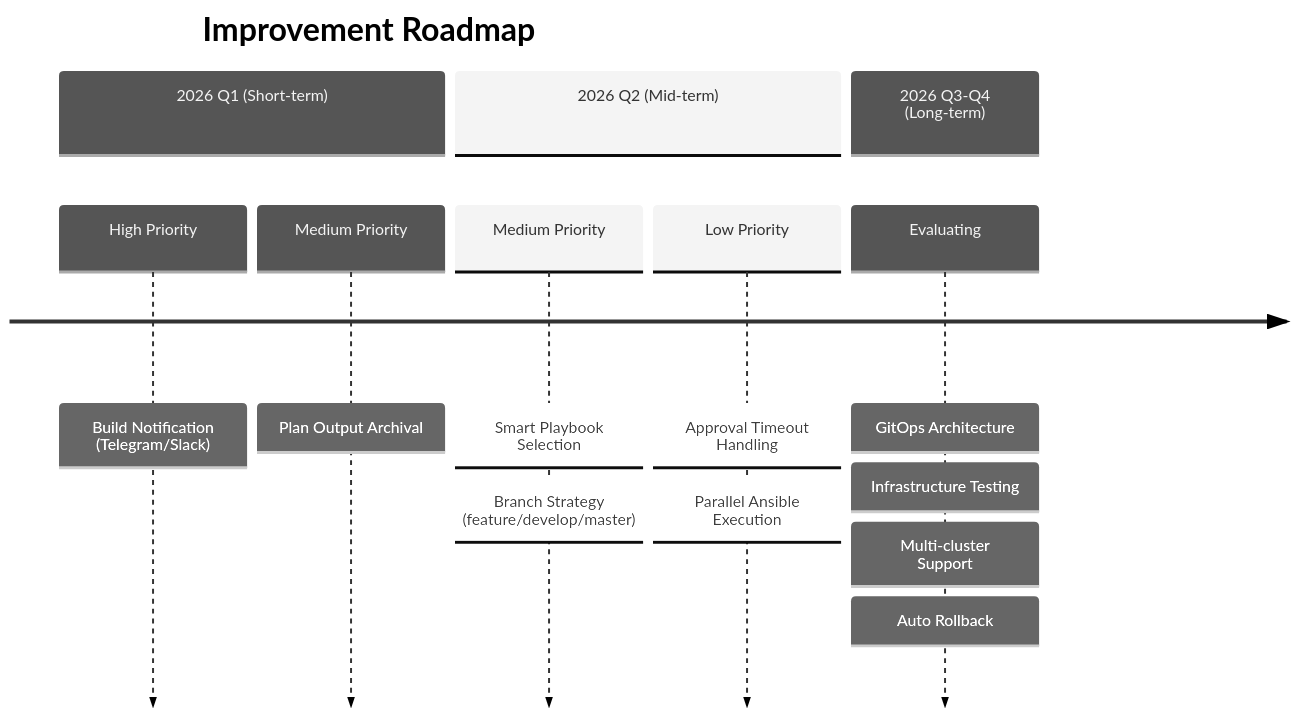
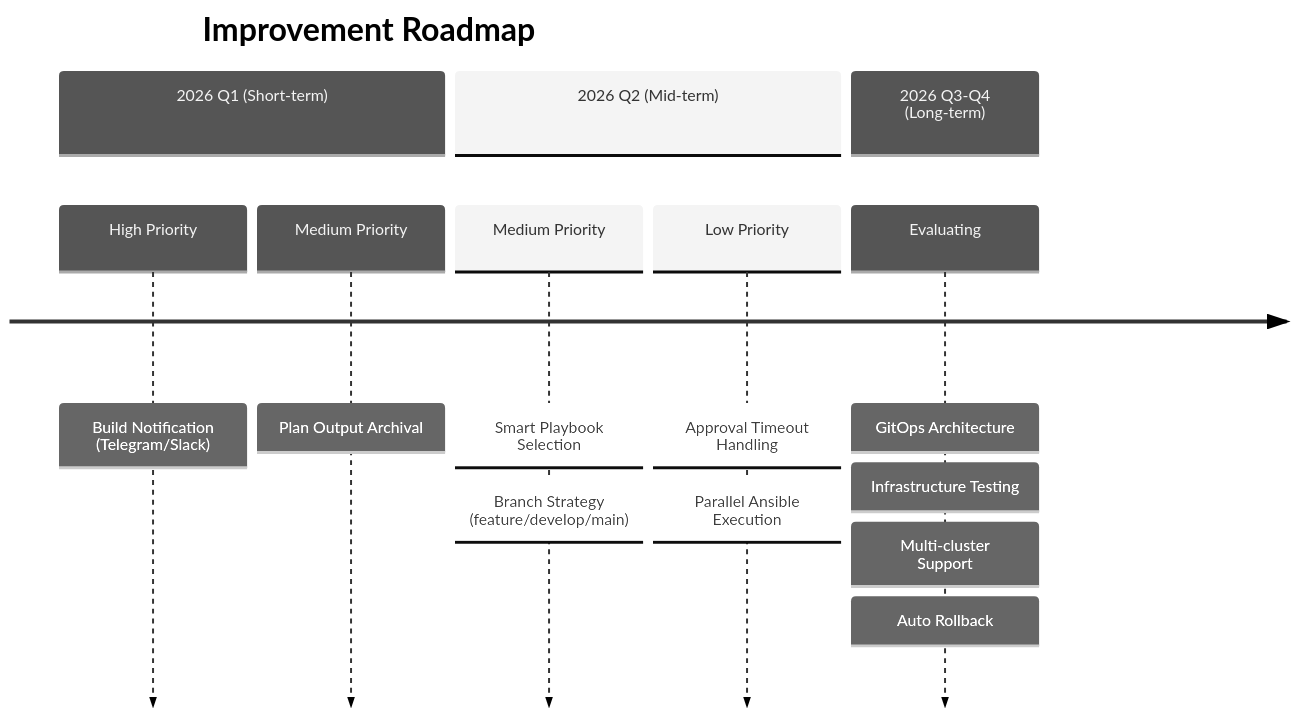
One commit to blue126/IaC changed the fifth of 5 diagrams in docs/designs/cicd-architecture.md. Above: the diagram before and after it, drawn with Mermaid (neutral theme). The commit also changed other lines of this file and 5 other files, not shown here.

Commit message:
chore: finalize main branch migration

````diff
--- a/docs/designs/cicd-architecture.md
+++ b/docs/designs/cicd-architecture.md
@@ -917,17 +917,17 @@
 ```mermaid
 timeline
     title Improvement Roadmap
     section 2026 Q1 (Short-term)
         High Priority : Build Notification (Telegram/Slack)
         Medium Priority : Plan Output Archival
     section 2026 Q2 (Mid-term)
         Medium Priority : Smart Playbook Selection
-                        : Branch Strategy (feature/develop/master)
+                        : Branch Strategy (feature/develop/main)
         Low Priority : Approval Timeout Handling
                      : Parallel Ansible Execution
     section 2026 Q3-Q4 (Long-term)
         Evaluating : GitOps Architecture
                    : Infrastructure Testing
                    : Multi-cluster Support
                    : Auto Rollback
 ```
````
